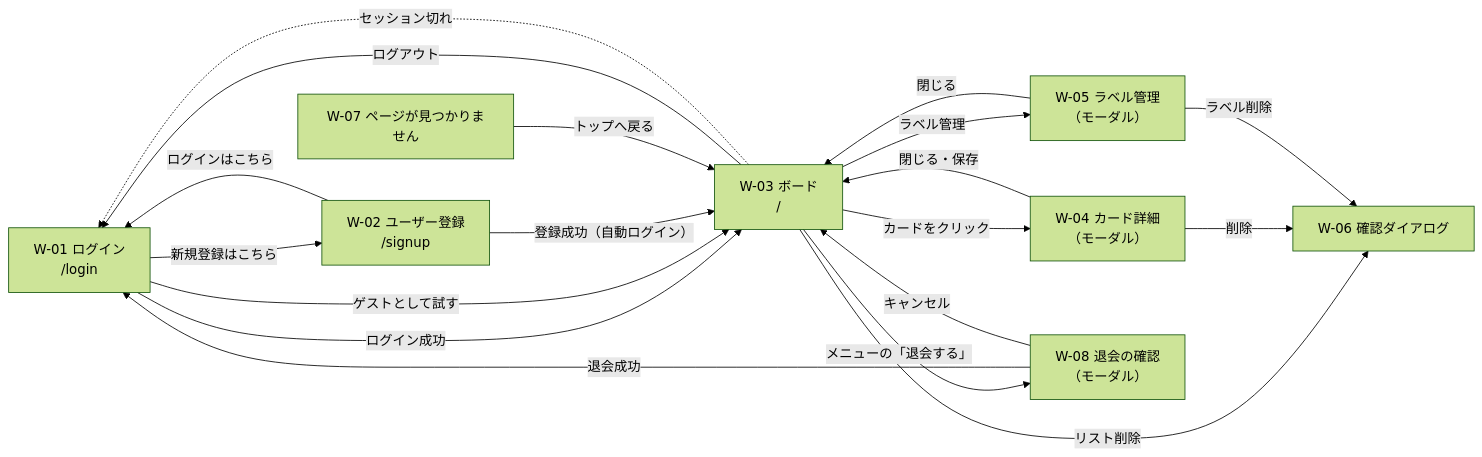
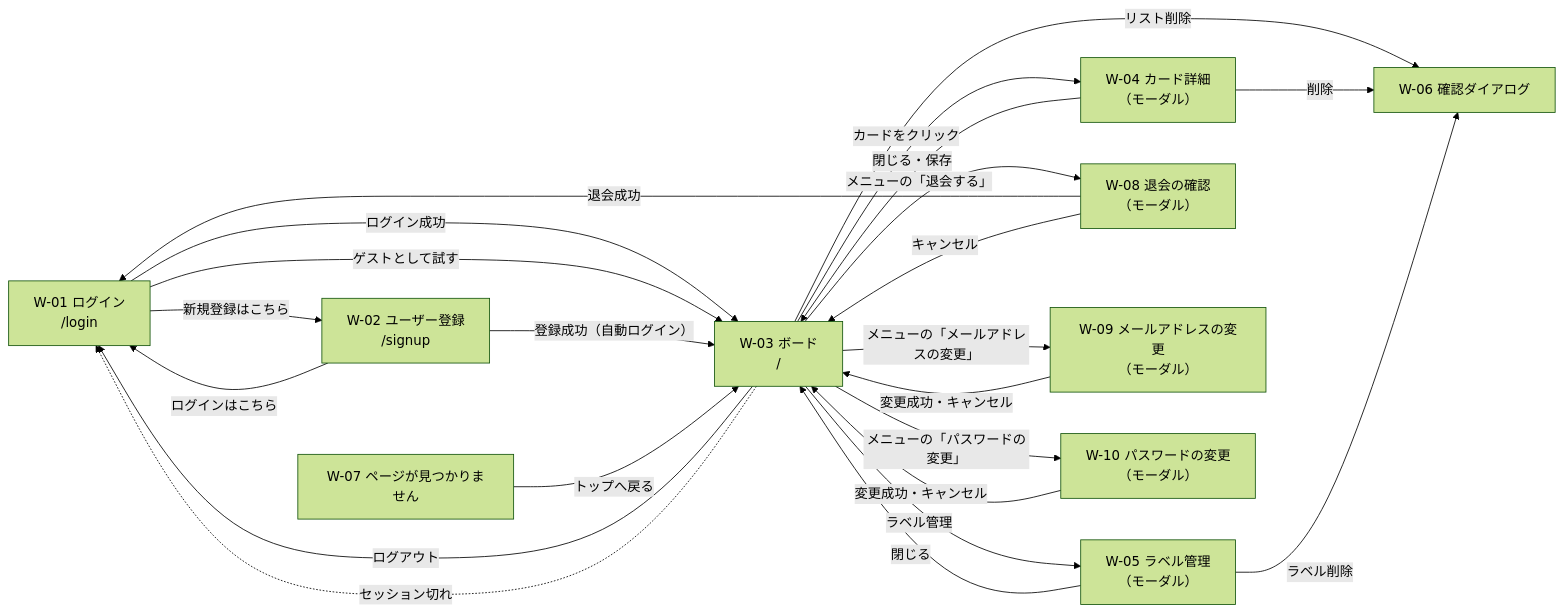
The diagram in docs/screen-design.md (keiwebcreate/raise-tech-beginner-edition), drawn with Mermaid (forest theme) before and after one commit. The commit also changed other lines of this file and 31 other files, not shown here.

````diff
--- a/docs/screen-design.md
+++ b/docs/screen-design.md
@@ -31,30 +33,36 @@
 ```mermaid
 flowchart LR
     login["W-01 ログイン<br>/login"]
     signup["W-02 ユーザー登録<br>/signup"]
     board["W-03 ボード<br>/"]
     card["W-04 カード詳細<br>（モーダル）"]
     label["W-05 ラベル管理<br>（モーダル）"]
     confirm["W-06 確認ダイアログ"]
     notfound["W-07 ページが見つかりません"]
     withdraw["W-08 退会の確認<br>（モーダル）"]
+    email["W-09 メールアドレスの変更<br>（モーダル）"]
+    password["W-10 パスワードの変更<br>（モーダル）"]
 
     login -- "ログイン成功" --> board
     login -- "ゲストとして試す" --> board
     login -- "新規登録はこちら" --> signup
     signup -- "登録成功（自動ログイン）" --> board
     signup -- "ログインはこちら" --> login
     board -- "カードをクリック" --> card
     board -- "ラベル管理" --> label
     board -- "リスト削除" --> confirm
     card -- "削除" --> confirm
     card -- "閉じる・保存" --> board
     label -- "閉じる" --> board
     label -- "ラベル削除" --> confirm
     board -- "ログアウト" --> login
     board -- "メニューの「退会する」" --> withdraw
     withdraw -- "退会成功" --> login
     withdraw -- "キャンセル" --> board
+    board -- "メニューの「メールアドレスの変更」" --> email
+    email -- "変更成功・キャンセル" --> board
+    board -- "メニューの「パスワードの変更」" --> password
+    password -- "変更成功・キャンセル" --> board
     board -. "セッション切れ" .-> login
     notfound -- "トップへ戻る" --> board
 ```
````
